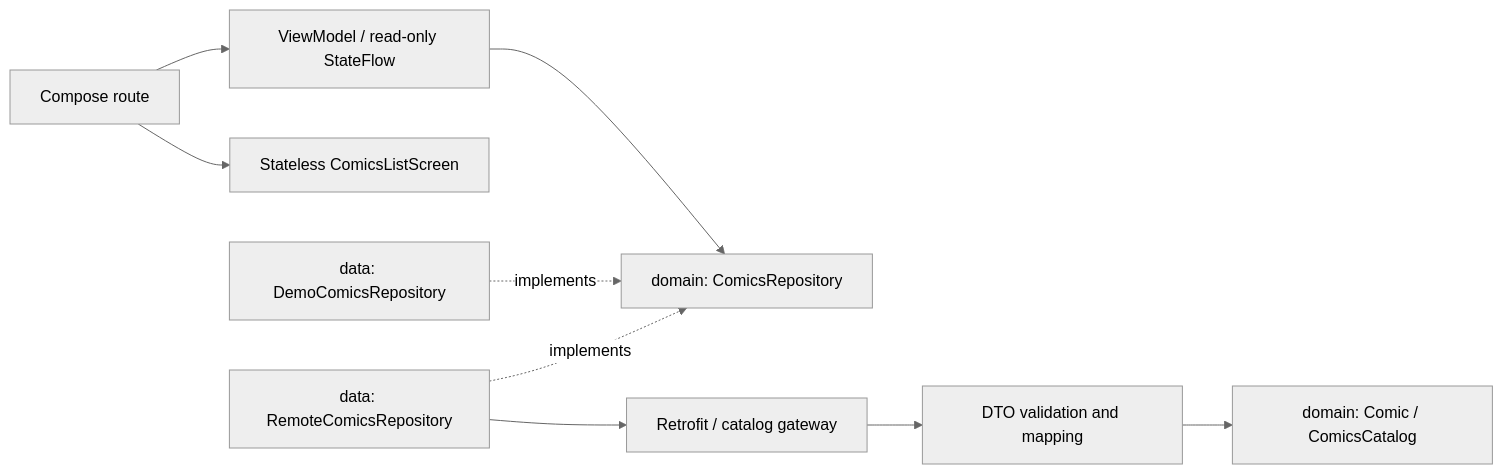
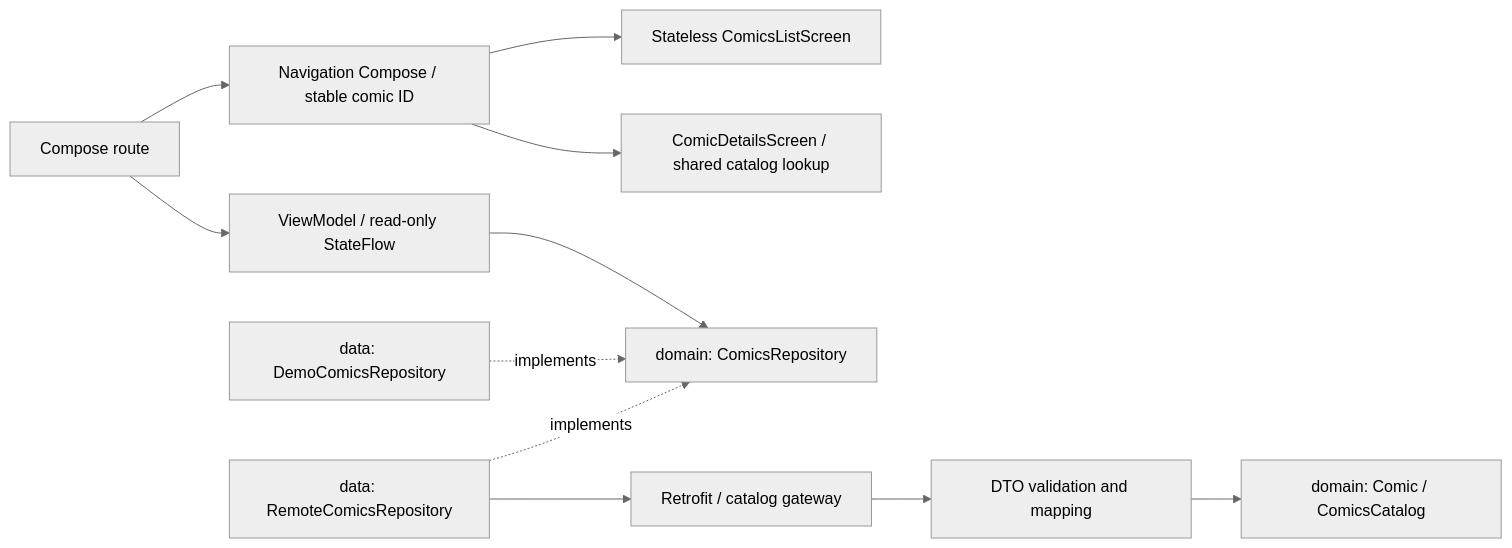
One commit to jSantini/comics_sample changed the diagram in README.md. Above: the diagram before and after it, drawn with Mermaid (neutral theme). The commit also changed other lines of this file and 29 other files, not shown here.

First line of the commit message:
feat: add offline comic catalog and details

````diff
--- a/README.md
+++ b/README.md
@@ -56,11 +90,13 @@
 ```mermaid
 flowchart LR
     Route[Compose route] --> VM[ViewModel / read-only StateFlow]
-    Route --> Screen[Stateless ComicsListScreen]
+    Route --> Nav[Navigation Compose / stable comic ID]
+    Nav --> Screen[Stateless ComicsListScreen]
+    Nav --> Details[ComicDetailsScreen / shared catalog lookup]
     VM --> Contract[domain: ComicsRepository]
     Demo[data: DemoComicsRepository] -. implements .-> Contract
     Remote[data: RemoteComicsRepository] -. implements .-> Contract
     Remote --> API[Retrofit / catalog gateway]
     API --> DTO[DTO validation and mapping]
     DTO --> Model[domain: Comic / ComicsCatalog]
 ```
````
